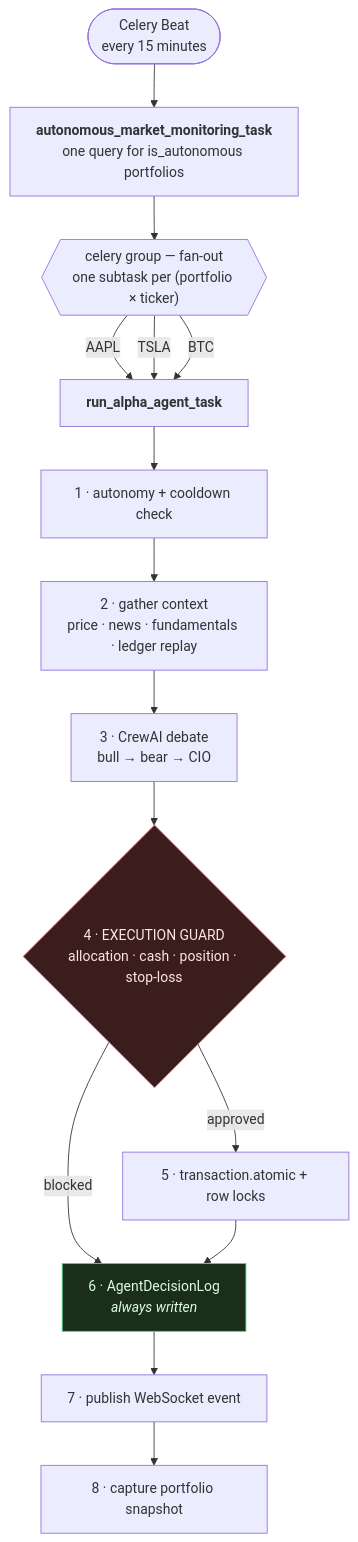
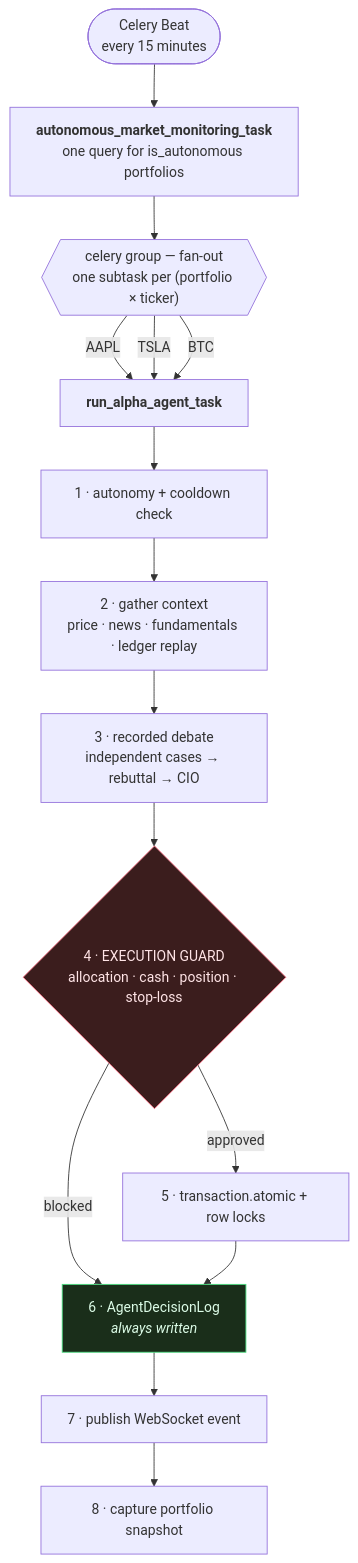
Before and after one commit to SergeyGer/AlphaAgent: the second of 2 diagrams in docs/wiki/Architecture.md, drawn with Mermaid. The commit also changed other lines of this file and 36 other files, not shown here.

````diff
--- a/docs/wiki/Architecture.md
+++ b/docs/wiki/Architecture.md
@@ -110,27 +110,27 @@
 ```mermaid
 flowchart TB
     BEAT(["Celery Beat<br/>every 15 minutes"])
     SWEEP["<b>autonomous_market_monitoring_task</b><br/>one query for is_autonomous portfolios"]
     FAN{{"celery group — fan-out<br/>one subtask per (portfolio × ticker)"}}
     TASK["<b>run_alpha_agent_task</b>"]
 
     BEAT --> SWEEP --> FAN
     FAN -->|AAPL| TASK
     FAN -->|TSLA| TASK
     FAN -->|BTC| TASK
 
     TASK --> S1["1 · autonomy + cooldown check"]
     S1 --> S2["2 · gather context<br/>price · news · fundamentals · ledger replay"]
-    S2 --> S3["3 · CrewAI debate<br/>bull → bear → CIO"]
+    S2 --> S3["3 · recorded debate<br/>independent cases → rebuttal → CIO"]
     S3 --> S4{"4 · EXECUTION GUARD<br/>allocation · cash · position · stop-loss"}
     S4 -->|approved| S5["5 · transaction.atomic + row locks"]
     S4 -->|blocked| S6
     S5 --> S6["6 · AgentDecisionLog<br/><i>always written</i>"]
     S6 --> S7["7 · publish WebSocket event"]
     S7 --> S8["8 · capture portfolio snapshot"]
 
     classDef guard fill:#3b1d1d,stroke:#fb7185,color:#ffe4e6
     classDef audit fill:#1a2e1a,stroke:#4ade80,color:#dcfce7
     class S4 guard
     class S6 audit
 ```
````
